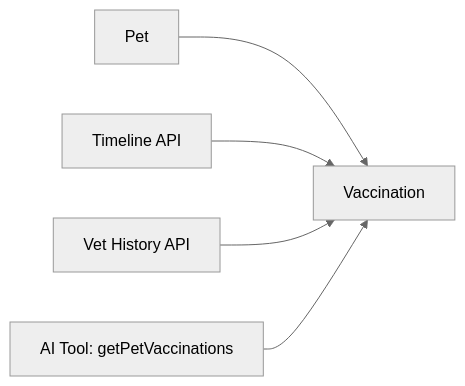
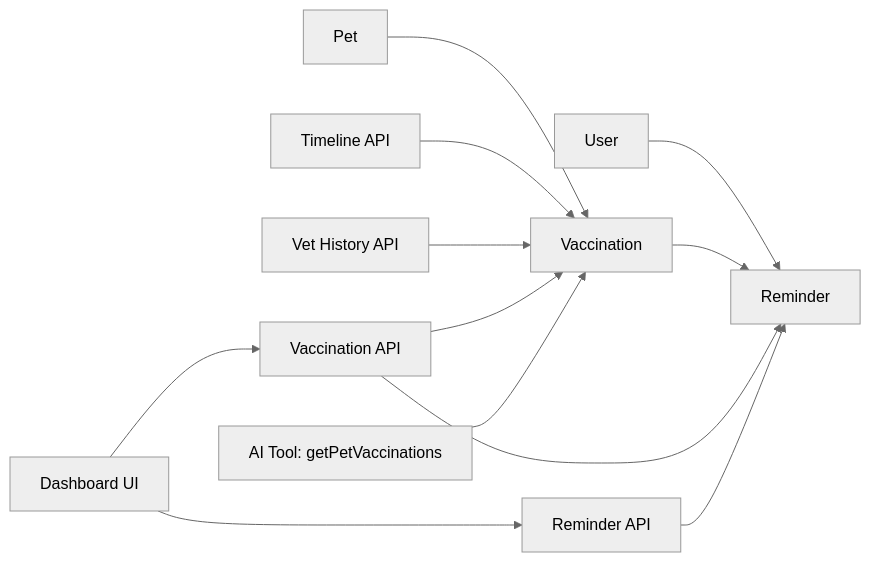
One commit to Javeria-Javaid/ai-powered-pet-healthcare-ecosystem changed the seventh of 7 diagrams in .qoder/repowiki/en/content/Pet Health Management/Vaccination Tracking.md. Above: the diagram before and after it, drawn with Mermaid (neutral theme). The commit also changed other lines of this file and 45 other files, not shown here.

````diff
--- a/.qoder/repowiki/en/content/Pet Health Management/Vaccination Tracking.md
+++ b/.qoder/repowiki/en/content/Pet Health Management/Vaccination Tracking.md
@@ -347,7 +450,14 @@
 ```mermaid
 graph LR
 Pet["Pet"] --> Vaccination["Vaccination"]
+User["User"] --> Reminder["Reminder"]
+Vaccination --> Reminder
 Timeline["Timeline API"] --> Vaccination
 VetHistory["Vet History API"] --> Vaccination
+VaccinationAPI["Vaccination API"] --> Vaccination
+VaccinationAPI --> Reminder
+ReminderAPI["Reminder API"] --> Reminder
+Dashboard["Dashboard UI"] --> VaccinationAPI
+Dashboard --> ReminderAPI
 AI["AI Tool: getPetVaccinations"] --> Vaccination
 ```
````
